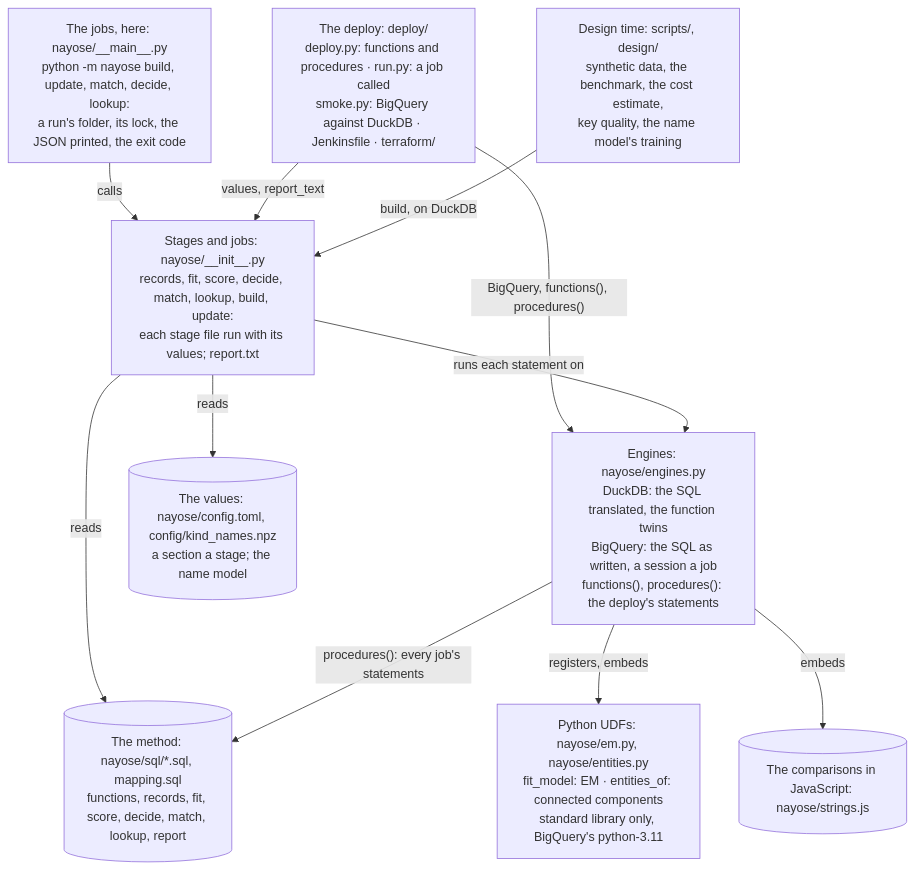
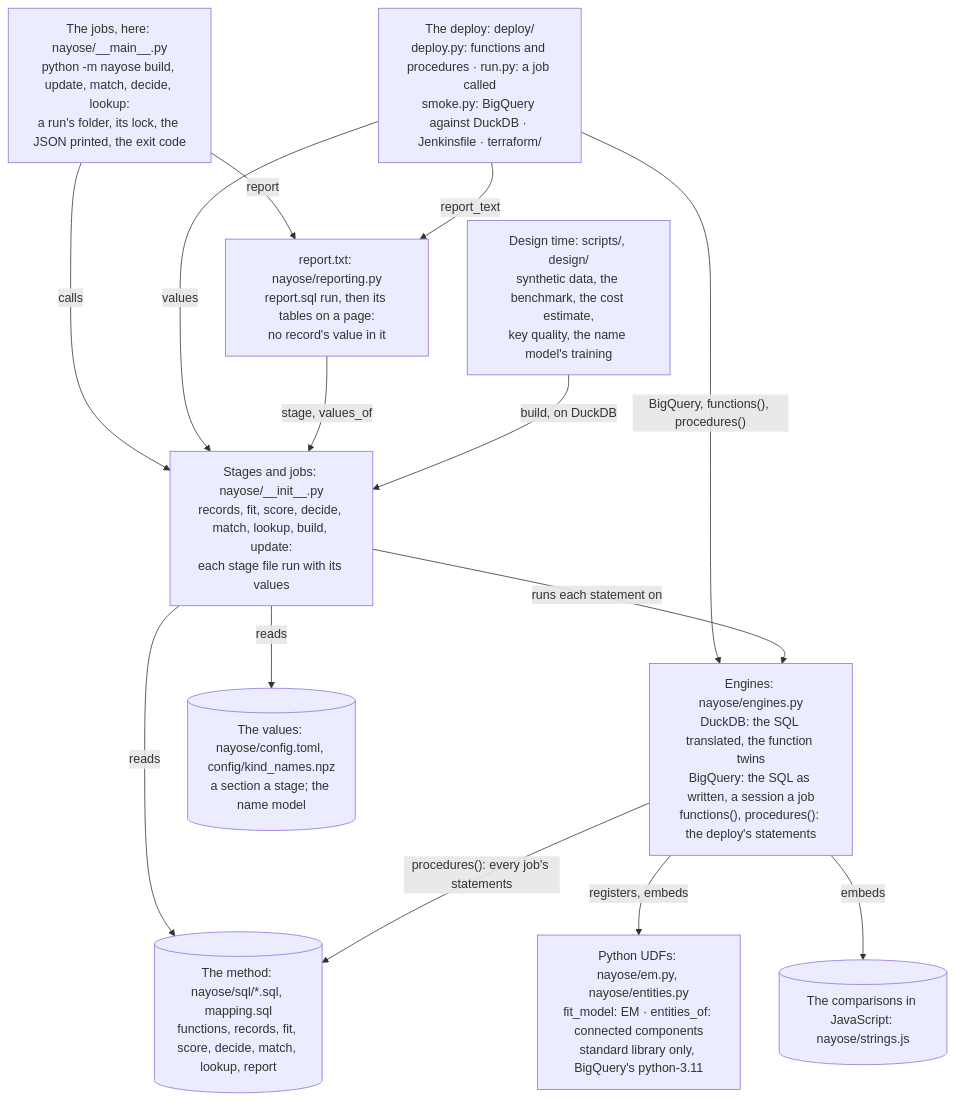
One commit to mvsbm/entity_matching changed the second of 3 diagrams in docs/architecture.md. Above: the diagram before and after it, drawn with Mermaid. The commit also changed other lines of this file and 10 other files, not shown here.

````diff
--- a/docs/architecture.md
+++ b/docs/architecture.md
@@ -70,22 +71,26 @@
 ```mermaid
 flowchart TB
   cli["The jobs, here: nayose/__main__.py<br/>python -m nayose build, update, match, decide, lookup:<br/>a run's folder, its lock, the JSON printed, the exit code"]
   deploy["The deploy: deploy/<br/>deploy.py: functions and procedures · run.py: a job called<br/>smoke.py: BigQuery against DuckDB · Jenkinsfile · terraform/"]
   tools["Design time: scripts/, design/<br/>synthetic data, the benchmark, the cost estimate,<br/>key quality, the name model's training"]
-  stages["Stages and jobs: nayose/__init__.py<br/>records, fit, score, decide, match, lookup, build, update:<br/>each stage file run with its values; report.txt"]
+  stages["Stages and jobs: nayose/__init__.py<br/>records, fit, score, decide, match, lookup, build, update:<br/>each stage file run with its values"]
+  reporting["report.txt: nayose/reporting.py<br/>report.sql run, then its tables on a page:<br/>no record's value in it"]
   engines["Engines: nayose/engines.py<br/>DuckDB: the SQL translated, the function twins<br/>BigQuery: the SQL as written, a session a job<br/>functions(), procedures(): the deploy's statements"]
   udfs["Python UDFs: nayose/em.py, nayose/entities.py<br/>fit_model: EM · entities_of: connected components<br/>standard library only, BigQuery's python-3.11"]
   sql[("The method: nayose/sql/*.sql, mapping.sql<br/>functions, records, fit, score, decide, match, lookup, report")]
   values[("The values: nayose/config.toml, config/kind_names.npz<br/>a section a stage; the name model")]
   js[("The comparisons in JavaScript: nayose/strings.js")]
   cli -->|"calls"| stages
+  cli -->|"report"| reporting
   deploy -->|"BigQuery, functions(), procedures()"| engines
-  deploy -->|"values, report_text"| stages
+  deploy -->|"values"| stages
+  deploy -->|"report_text"| reporting
+  reporting -->|"stage, values_of"| stages
   tools -->|"build, on DuckDB"| stages
   stages -->|"reads"| sql
   stages -->|"reads"| values
   stages -->|"runs each statement on"| engines
   engines -->|"registers, embeds"| udfs
   engines -->|"embeds"| js
   engines -->|"procedures(): every job's statements"| sql
 ```
````
